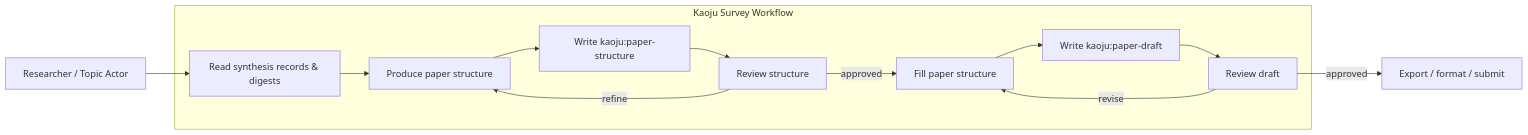
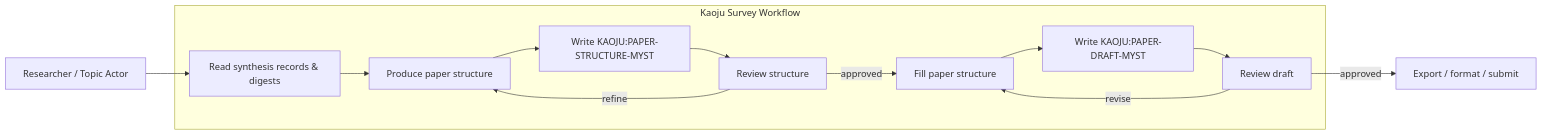
Before and after one commit to CodeGandee/isomer-labs: the first of 2 diagrams in context/features/2026-07-14-kaoju-survey-process-usecases/usecases/uc-04-write-paper-from-digested-materials.md, drawn with Mermaid. The commit also changed other lines of this file and 309 other files, not shown here.

````diff
--- a/context/features/2026-07-14-kaoju-survey-process-usecases/usecases/uc-04-write-paper-from-digested-materials.md
+++ b/context/features/2026-07-14-kaoju-survey-process-usecases/usecases/uc-04-write-paper-from-digested-materials.md
@@ -80,25 +80,25 @@
 ```mermaid
 flowchart LR
   Actor[Researcher / Topic Actor]
 
   subgraph System[Kaoju Survey Workflow]
     ReadSynthesis[Read synthesis records & digests]
     Propose[Produce paper structure]
-    WriteStructure[Write kaoju:paper-structure]
+    WriteStructure[Write KAOJU:PAPER-STRUCTURE-MYST]
     ReviewStructure[Review structure]
     Fill[Fill paper structure]
-    WriteDraft[Write kaoju:paper-draft]
+    WriteDraft[Write KAOJU:PAPER-DRAFT-MYST]
     ReviewDraft[Review draft]
   end
 
   Actor --> ReadSynthesis
   ReadSynthesis --> Propose
   Propose --> WriteStructure
   WriteStructure --> ReviewStructure
   ReviewStructure -->|approved| Fill
   ReviewStructure -->|refine| Propose
   Fill --> WriteDraft
   WriteDraft --> ReviewDraft
   ReviewDraft -->|approved| Next["Export / format / submit"]
   ReviewDraft -->|revise| Fill
 ```
````
